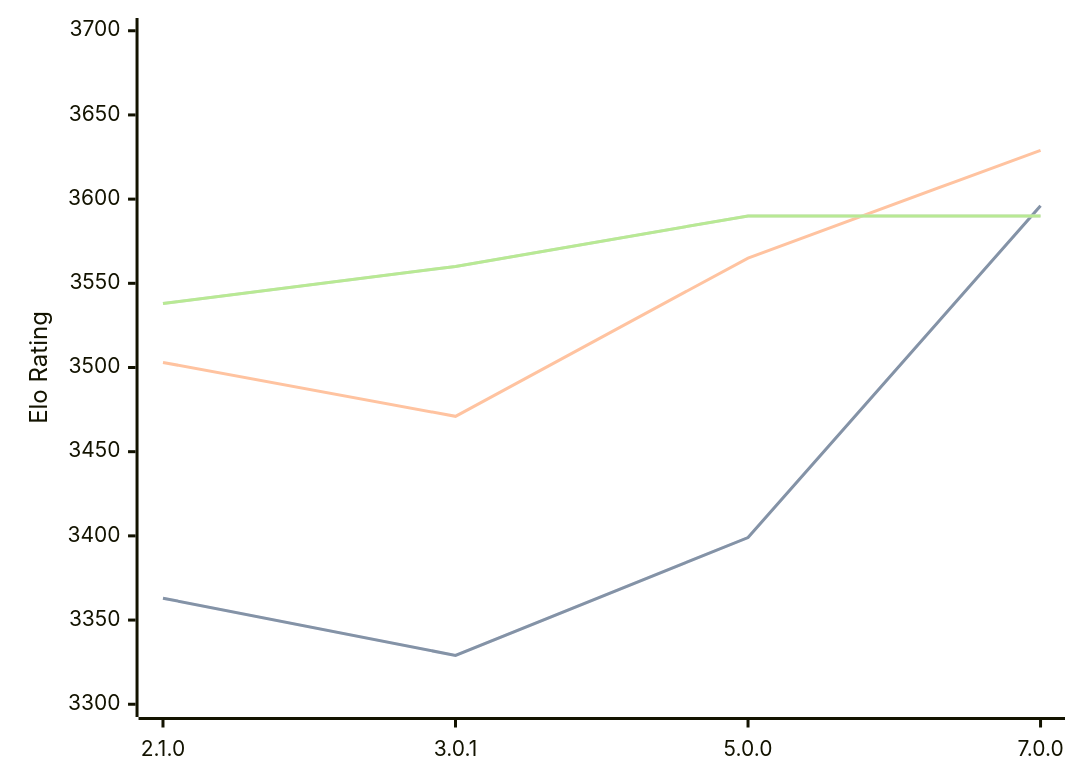
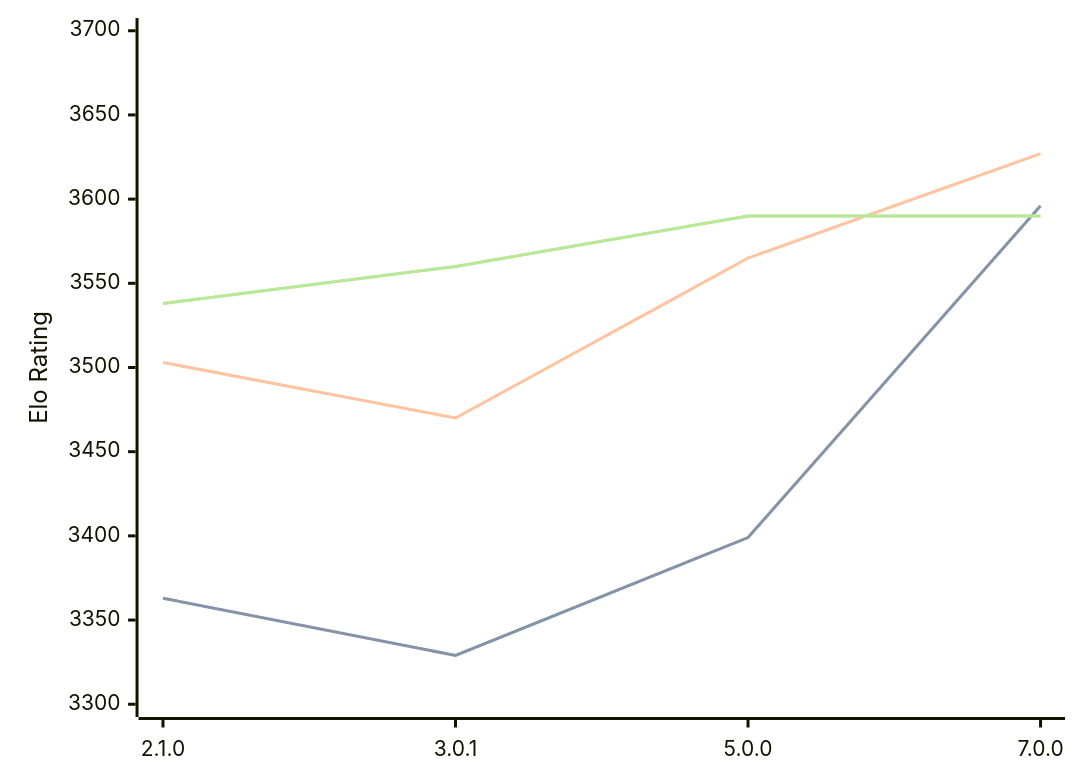
One commit to computer-chess-index/cci changed the diagram in engines/PlentyChess.md. Above: the diagram before and after it, drawn with Mermaid. The commit also changed other lines of this file, not shown here.

````diff
--- a/engines/PlentyChess.md
+++ b/engines/PlentyChess.md
@@ -43,11 +43,11 @@
 ```mermaid
 %%{init: {"theme":"base","themeVariables":{"seriesColors:['#a3a3a3','#222221','#faa371']}}}%%
 xychart-beta
   x-axis ["2.1.0", "3.0.1", "5.0.0", "7.0.0"]
   y-axis "Elo Rating" 3300 --> 3700
   line "STC (8.0+0.08s)" [3363, 3329, 3399, 3596]
   line "STC (8.0+0.08s)" [3363, 3329, 3399, 3596]
-  line "LTC (60.0+0.60s)" [3503, 3471, 3565, 3629]
+  line "LTC (60.0+0.60s)" [3503, 3470, 3565, 3627]
   line "VLTC (2m24s+1.12s)" [3538, 3560, 3590, 3590]
   line "VLTC (2m24s+1.12s)" [3538, 3560, 3590, 3590]
 ```
````
